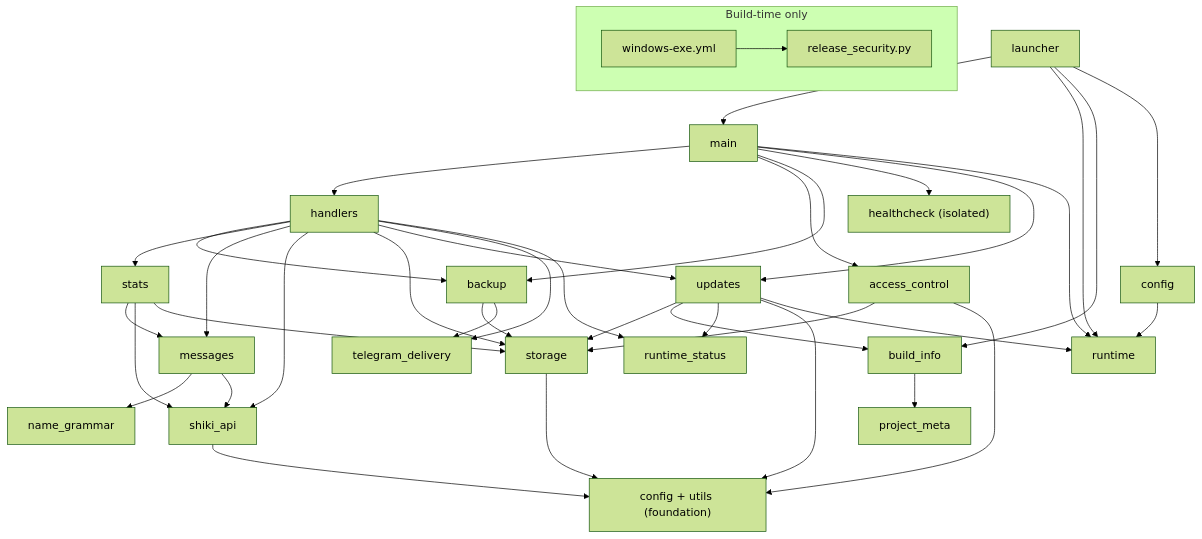
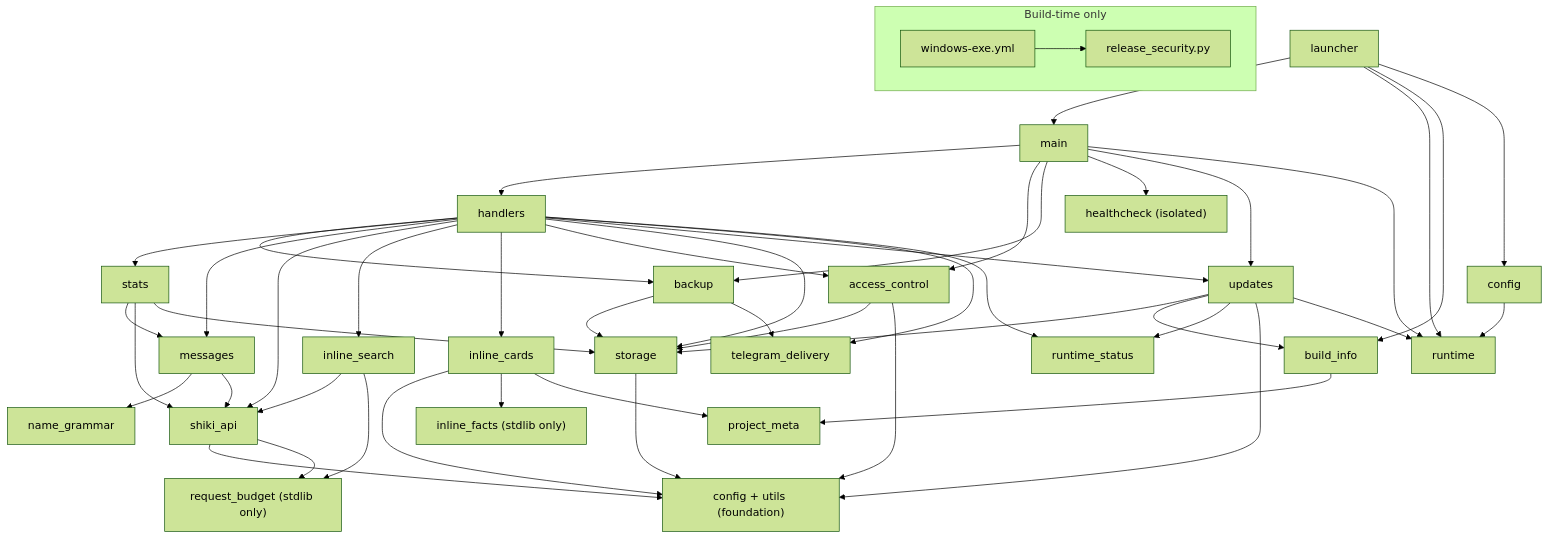
The diagram in ARCHITECTURE.md (WorgaNomoR/ShikiUpdatesBot), drawn with Mermaid (forest theme) before and after one commit. The commit also changed other lines of this file and 22 other files, not shown here.

First line of the commit message:
Add subscriber-only inline media search (#119)

````diff
--- a/ARCHITECTURE.md
+++ b/ARCHITECTURE.md
@@ -39,43 +43,54 @@
 ```mermaid
 graph TD
     launcher --> main
     launcher --> runtime
     launcher --> build_info
     launcher --> config
     main --> handlers
     main --> access_control
     main --> backup
     main --> healthcheck
     main --> updates
     main --> runtime
     handlers --> backup
     handlers --> stats
     handlers --> messages
     handlers --> shiki_api
+    handlers --> inline_search
+    handlers --> inline_cards
+    handlers --> access_control
     handlers --> storage
     access_control --> storage
     access_control --> base
     handlers --> updates
     handlers --> telegram_delivery
     handlers --> runtime_status
     updates --> storage
     updates --> build_info
     updates --> runtime_status
     build_info --> project_meta
     updates --> base
     updates --> runtime
     stats --> messages
     stats --> shiki_api
     stats --> storage
     messages --> name_grammar
     messages --> shiki_api
     backup --> storage
     backup --> telegram_delivery
     storage --> base["config + utils (foundation)"]
     shiki_api --> base
+    shiki_api --> request_budget
+    inline_search --> shiki_api
+    inline_search --> request_budget
+    inline_cards --> base
+    inline_cards --> inline_facts
+    inline_cards --> project_meta
+    inline_facts["inline_facts (stdlib only)"]
+    request_budget["request_budget (stdlib only)"]
     config --> runtime
     healthcheck["healthcheck (isolated)"]
     subgraph build_time["Build-time only"]
         windows_workflow["windows-exe.yml"] --> release_security["release_security.py"]
     end
 ```
````
